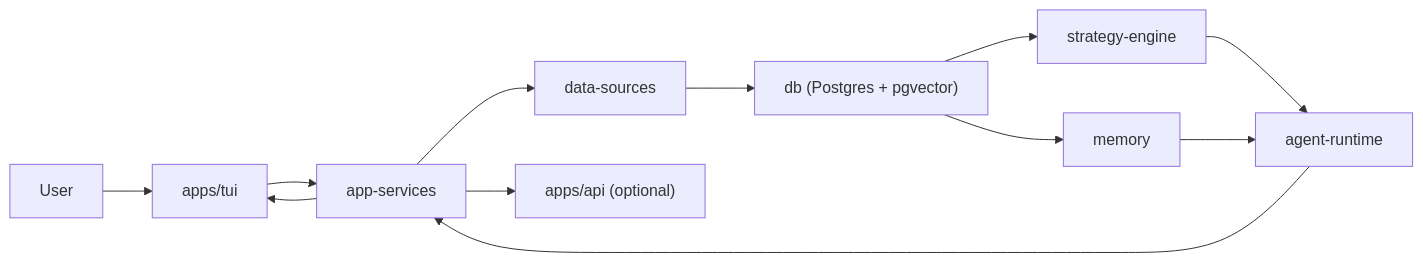
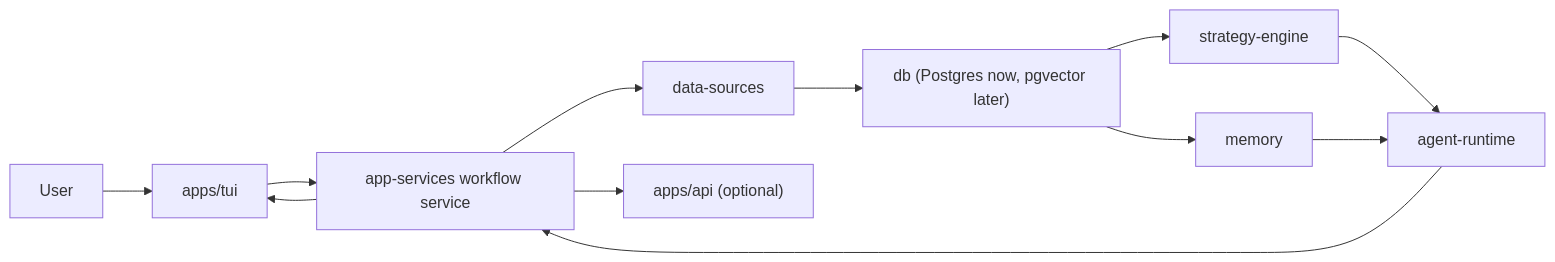
Before and after one commit to decocereus/tradeai: the first of 5 diagrams in docs/architecture.md, drawn with Mermaid. The commit also changed other lines of this file and 43 other files, not shown here.

````diff
--- a/docs/architecture.md
+++ b/docs/architecture.md
@@ -16,14 +16,14 @@
 ```mermaid
 flowchart LR
     U["User"] --> T["apps/tui"]
-    T --> S["app-services"]
+    T --> S["app-services workflow service"]
     S --> DS["data-sources"]
-    DS --> DB["db (Postgres + pgvector)"]
+    DS --> DB["db (Postgres now, pgvector later)"]
     DB --> ST["strategy-engine"]
     DB --> M["memory"]
     ST --> A["agent-runtime"]
     M --> A
     A --> S
     S --> T
     S --> API["apps/api (optional)"]
 ```
````
